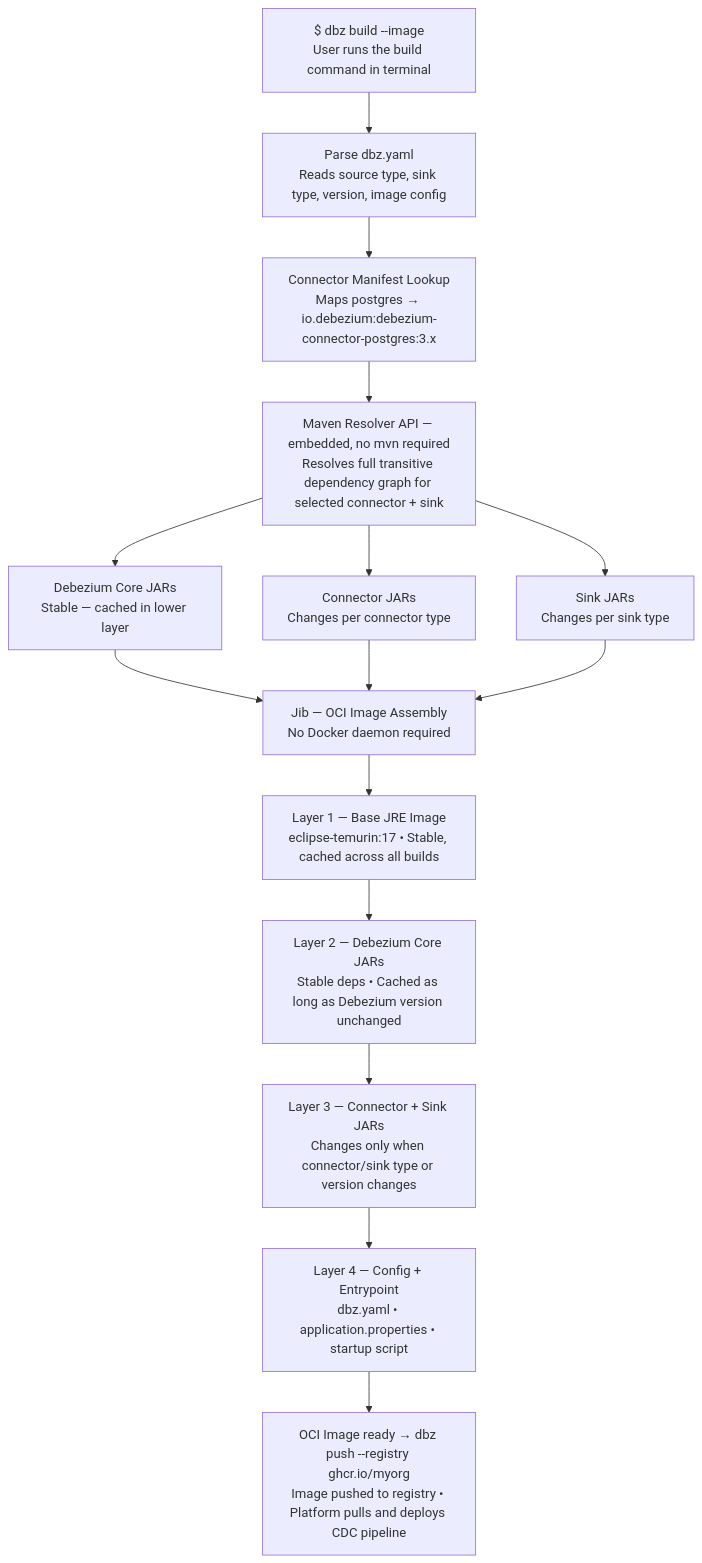
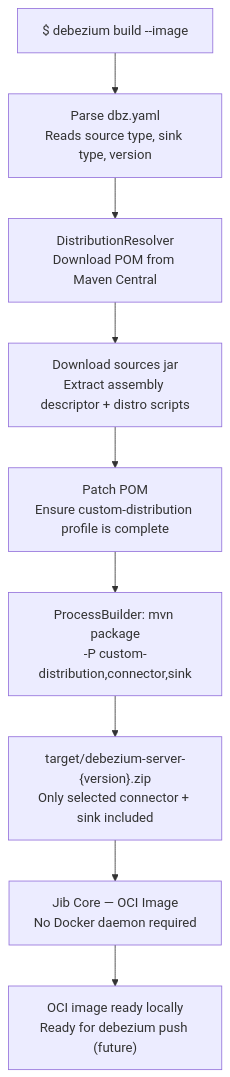
Before and after one commit to debezium/debezium-design-documents: the second of 2 diagrams in DDD-40.md, drawn with Mermaid. The commit also changed other lines of this file, not shown here.

````diff
--- a/DDD-40.md
+++ b/DDD-40.md
@@ -269,17 +287,11 @@
 ```mermaid
 flowchart TD
-    A["$ dbz build --image\nUser runs the build command in terminal"] --> B["Parse dbz.yaml\nReads source type, sink type, version, image config"]
-    B --> C["Connector Manifest Lookup\nMaps postgres → io.debezium:debezium-connector-postgres:3.x"]
-    C --> D["Maven Resolver API — embedded, no mvn required\nResolves full transitive dependency graph for selected connector + sink"]
-    D --> E["Debezium Core JARs\nStable — cached in lower layer"]
-    D --> F["Connector JARs\nChanges per connector type"]
-    D --> G["Sink JARs\nChanges per sink type"]
-    E --> H["Jib — OCI Image Assembly\nNo Docker daemon required"]
-    F --> H
-    G --> H
-    H --> L1["Layer 1 — Base JRE Image\neclipse-temurin:17 • Stable, cached across all builds"]
-    L1 --> L2["Layer 2 — Debezium Core JARs\nStable deps • Cached as long as Debezium version unchanged"]
-    L2 --> L3["Layer 3 — Connector + Sink JARs\nChanges only when connector/sink type or version changes"]
-    L3 --> L4["Layer 4 — Config + Entrypoint\ndbz.yaml • application.properties • startup script"]
-    L4 --> J["OCI Image ready → dbz push --registry ghcr.io/myorg\nImage pushed to registry • Platform pulls and deploys CDC pipeline"]
+    A["$ debezium build --image"] --> B["Parse dbz.yaml\nReads source type, sink type, version"]
+    B --> C["DistributionResolver\nDownload POM from Maven Central"]
+    C --> D["Download sources jar\nExtract assembly descriptor + distro scripts"]
+    D --> E["Patch POM\nEnsure custom-distribution profile is complete"]
+    E --> F["ProcessBuilder: mvn package\n-P custom-distribution,connector,sink"]
+    F --> G["target/debezium-server-{version}.zip\nOnly selected connector + sink included"]
+    G --> H["Jib Core — OCI Image\nNo Docker daemon required"]
+    H --> I["OCI image ready locally\nReady for debezium push (future)"]
 ```
````
